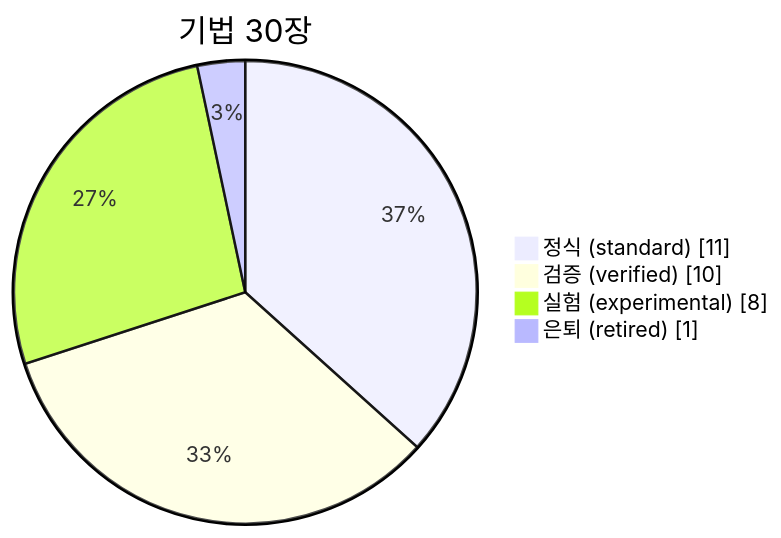
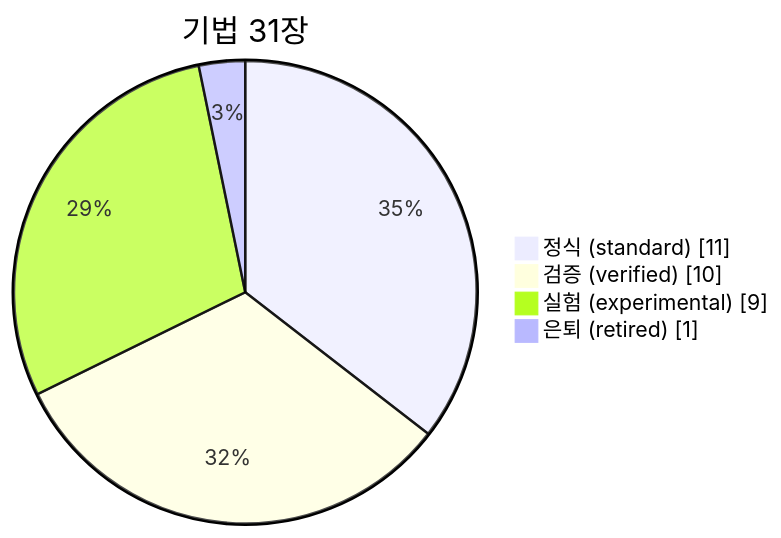
Before and after one commit to csbakk/clone-kb: the diagram in README.md, drawn with Mermaid. The commit also changed other lines of this file and 4 other files, not shown here.

````diff
--- a/README.md
+++ b/README.md
@@ -19,8 +19,8 @@
 ```mermaid
 pie showData
-    title 기법 30장
+    title 기법 31장
     "정식 (standard)" : 11
     "검증 (verified)" : 10
-    "실험 (experimental)" : 8
+    "실험 (experimental)" : 9
     "은퇴 (retired)" : 1
 ```
````
